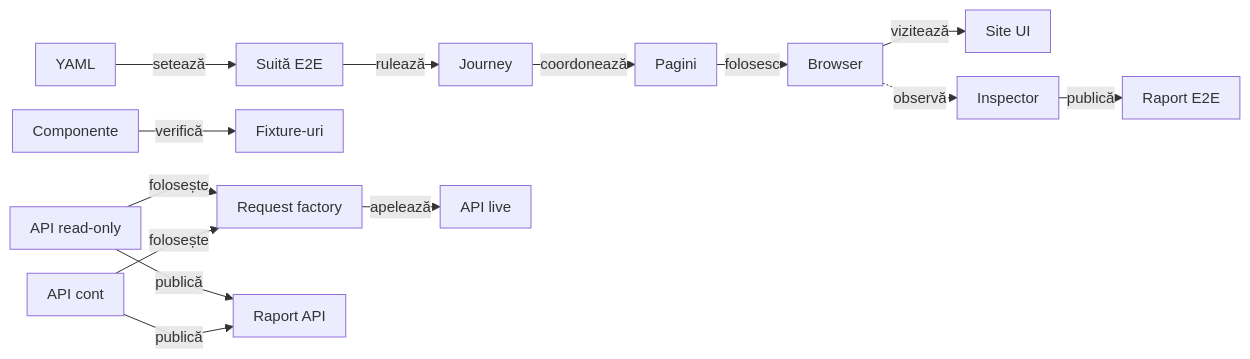
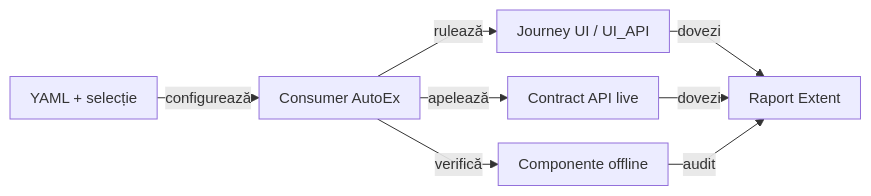
Before and after one commit to crististefanita/atf_j0: the first of 12 diagrams in atf-test-auto-ex/README.md, drawn with Mermaid. The commit also changed other lines of this file and 157 other files, not shown here.

````diff
--- a/atf-test-auto-ex/README.md
+++ b/atf-test-auto-ex/README.md
@@ -57,33 +25,11 @@
 ```mermaid
-
 %%{init: {"themeVariables":{"fontSize":"15px"},"themeCSS":".nodeLabel, .nodeLabel p { font-size: 15px !important; line-height: 1.35 !important; } .edgeLabel, .edgeLabel p { font-size: 12px !important; font-weight: 400 !important; line-height: 1.2 !important; } .edgeLabel .labelBkg, .edgeLabel p { background: transparent !important; } .edgeLabel foreignObject { transform: translateY(-18px); overflow: visible; } .node rect { rx: 6px; ry: 6px; }","flowchart":{"curve":"linear","nodeSpacing":24,"rankSpacing":16,"padding":10,"diagramPadding":16}}}%%
-
 flowchart LR
-
-    Config["YAML"] -->|setează| Suite["Suită E2E"]
-
-    Suite -->|rulează| Journey["Journey"]
-
-    Journey -->|coordonează| Pages["Pagini"]
-
-    Pages -->|folosesc| Browser["Browser"]
-
-    Browser -->|vizitează| Site["Site UI"]
-
-    Browser -.->|observă| Inspector["Inspector"]
-
-    Inspector -->|publică| UiReport["Raport E2E"]
-
-    ComponentSuite["Componente"] -->|verifică| Fixtures["Fixture-uri"]
-
-    ReadOnlySuite["API read-only"] -->|folosește| Requests["Request factory"]
-
-    MutatingSuite["API cont"] -->|folosește| Requests
-
-    Requests -->|apelează| Api["API live"]
-
-    ReadOnlySuite -->|publică| ApiReport["Raport API"]
-
-    MutatingSuite -->|publică| ApiReport
-
+    Inputs["YAML + selecție"] -->|configurează| Consumer["Consumer AutoEx"]
+    Consumer -->|rulează| Journey["Journey UI / UI_API"]
+    Consumer -->|apelează| Api["Contract API live"]
+    Consumer -->|verifică| Local["Componente offline"]
+    Journey -->|dovezi| Report["Raport Extent"]
+    Api -->|dovezi| Report
+    Local -->|audit| Report
 ```
````
